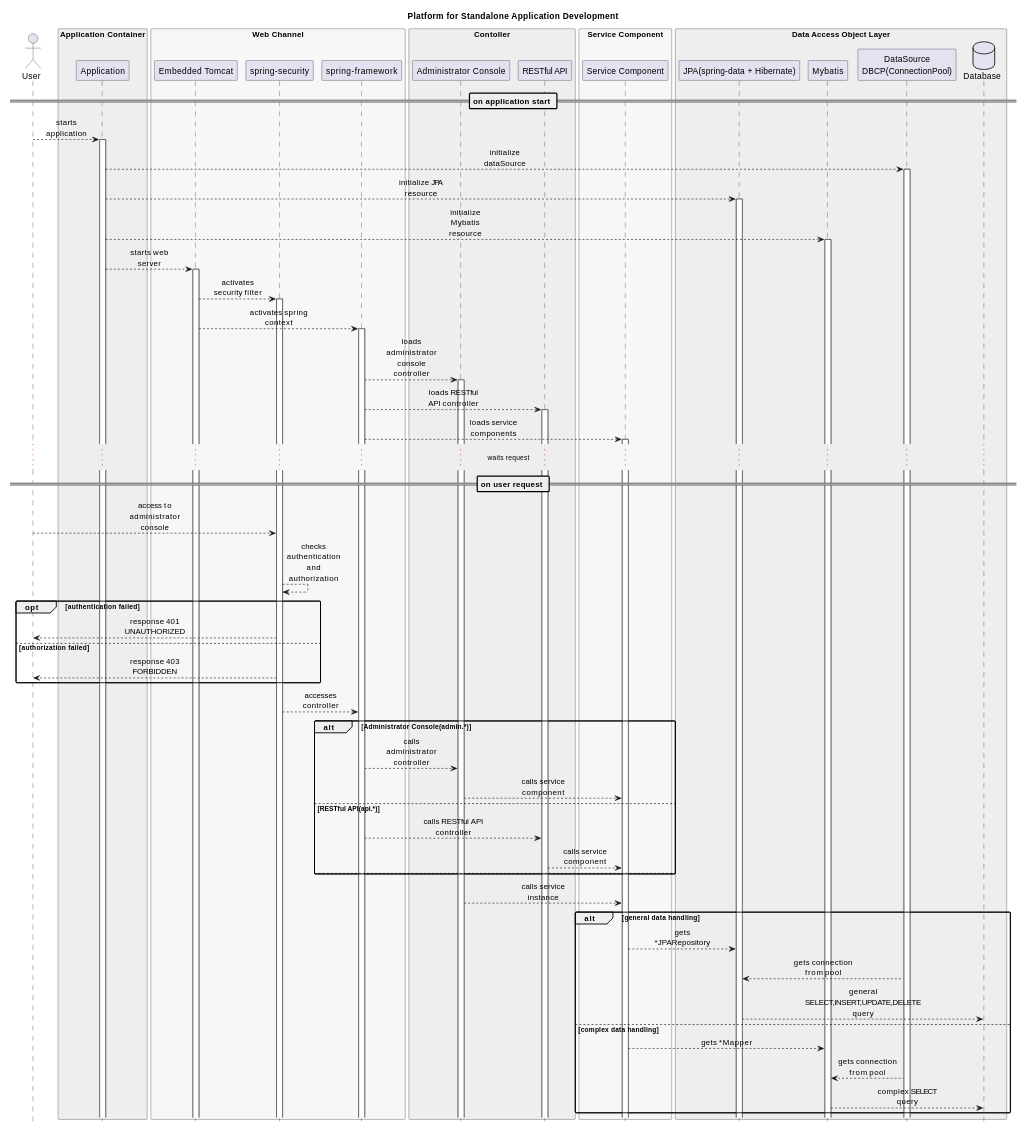
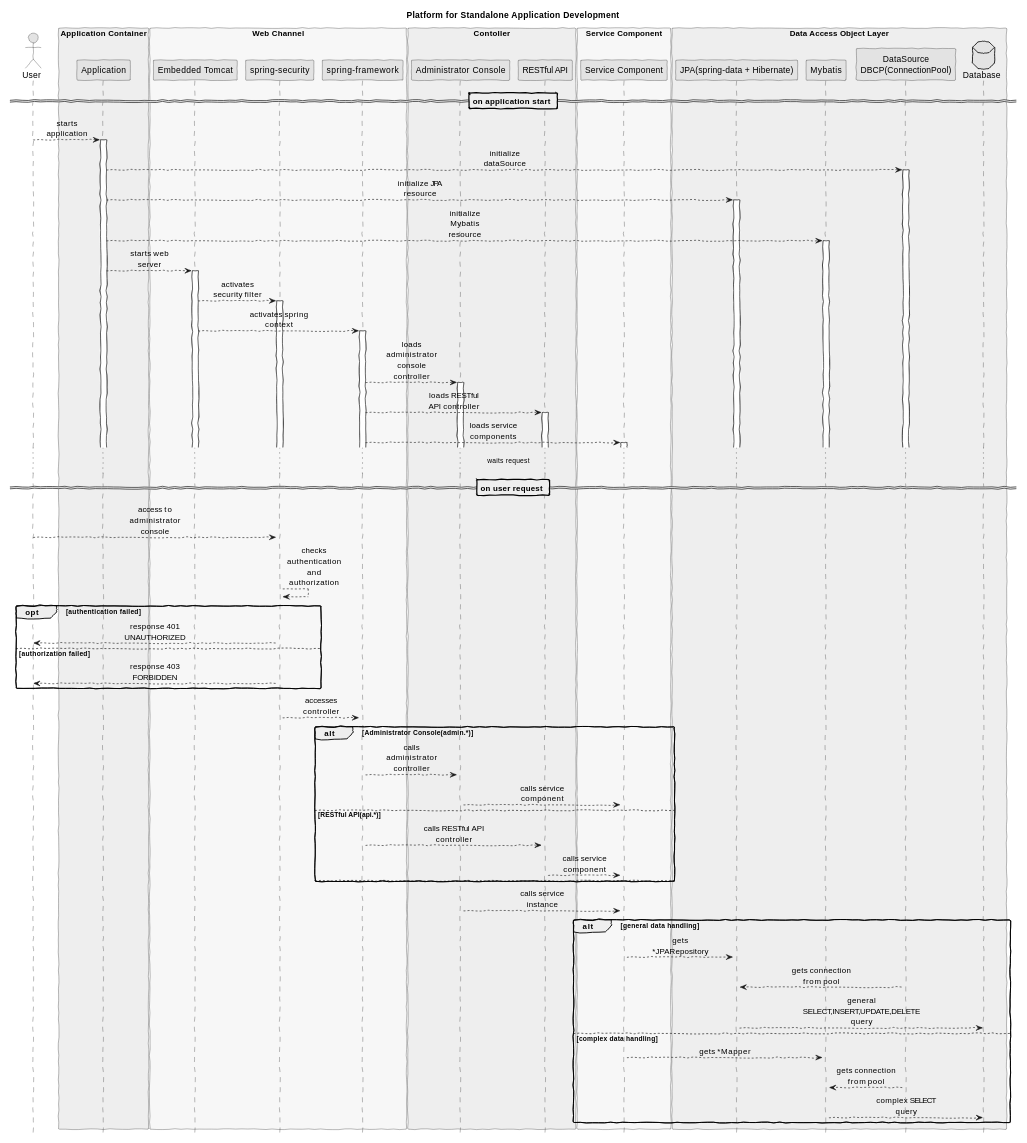
One commit to oopscraft/application changed the diagram in README.md. Above: the diagram before and after it, drawn with PlantUML.

```diff
--- a/README.md
+++ b/README.md
@@ -7,9 +7,9 @@
 @startuml 
 scale 1000 width
-skinparam handwritten false
-skinparam monochrome false
+skinparam handwritten true
+skinparam monochrome true
 skinparam ParticipantPadding 2
-skinparam BoxPadding 2
+skinparam BoxPadding 0
 skinparam classFontSize 8
 skinparam sequenceArrowThickness 1
 skinparam sequenceMessageAlign center
```
